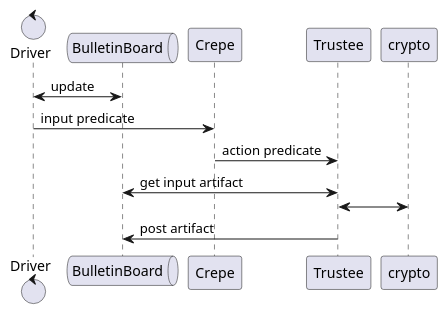
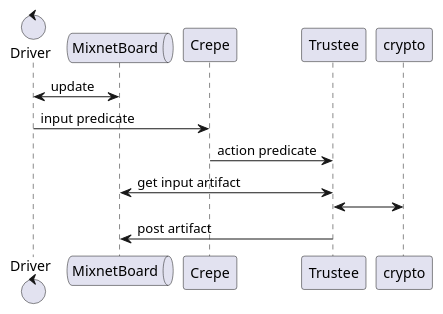
Before and after one commit to nvotes/rmx: the diagram in doc/diagrams/main_sequence.puml, drawn with PlantUML. The commit also changed 21 other files, not shown here.

```diff
--- a/doc/diagrams/main_sequence.puml
+++ b/doc/diagrams/main_sequence.puml
@@ -1,12 +1,12 @@
 @startuml main_sequence
 skinparam responseMessageBelowArrow true
 control Driver as driver
-queue BulletinBoard as BulletinBoard
+queue MixnetBoard as MixnetBoard
 participant Crepe as crepe
-driver <-> BulletinBoard: update
+driver <-> MixnetBoard: update
 driver -> crepe: input predicate
 crepe -> Trustee: action predicate
-BulletinBoard <-> Trustee: get input artifact
+MixnetBoard <-> Trustee: get input artifact
 Trustee <-> crypto
-Trustee -> BulletinBoard: post artifact
+Trustee -> MixnetBoard: post artifact
 @enduml
```
